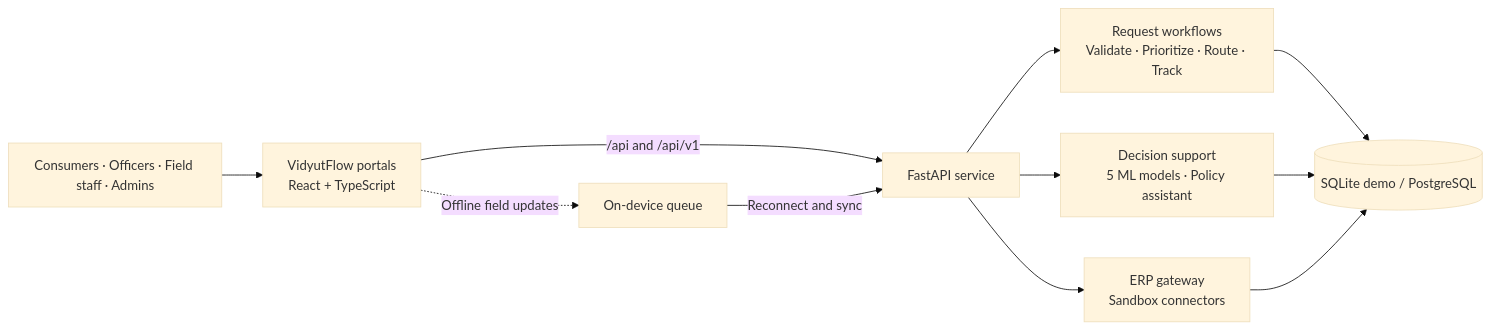
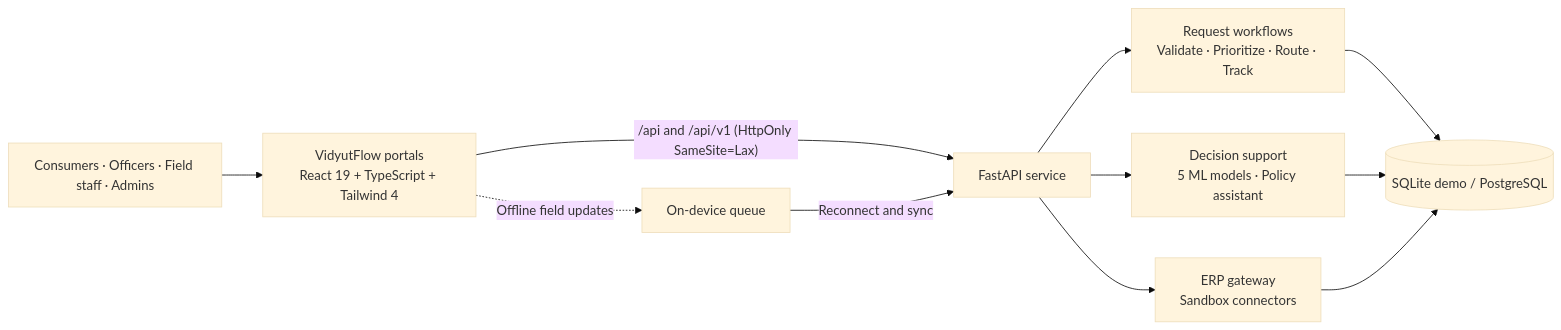
One commit to Yogeshsingh123-LAB/VidyutFlow changed the diagram in README.md. Above: the diagram before and after it, drawn with Mermaid (base theme). The commit also changed other lines of this file and 18 other files, not shown here.

Commit message:
Enforce CSP header in main.py, align 5 seeded workflow templates & SameSite=Lax across docs/deck, add VIVA_QUESTION_BANK.md

````diff
--- a/README.md
+++ b/README.md
@@ -23,13 +23,13 @@
 ```mermaid
 flowchart LR
-    USERS["Consumers · Officers · Field staff · Admins"] --> PORTAL["VidyutFlow portals<br/>React + TypeScript"]
-    PORTAL -->|"/api and /api/v1"| API["FastAPI service"]
+    USERS["Consumers · Officers · Field staff · Admins"] --> PORTAL["VidyutFlow portals<br/>React 19 + TypeScript + Tailwind 4"]
+    PORTAL -->|"/api and /api/v1 (HttpOnly SameSite=Lax)"| API["FastAPI service"]
     PORTAL -. "Offline field updates" .-> QUEUE["On-device queue"]
     QUEUE -->|"Reconnect and sync"| API
     API --> WORK["Request workflows<br/>Validate · Prioritize · Route · Track"]
     API --> SUPPORT["Decision support<br/>5 ML models · Policy assistant"]
     API --> ERP["ERP gateway<br/>Sandbox connectors"]
     WORK --> DATA[("SQLite demo / PostgreSQL")]
     SUPPORT --> DATA
     ERP --> DATA
 ```
````
